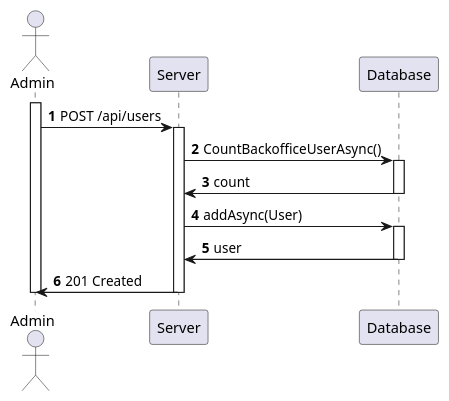
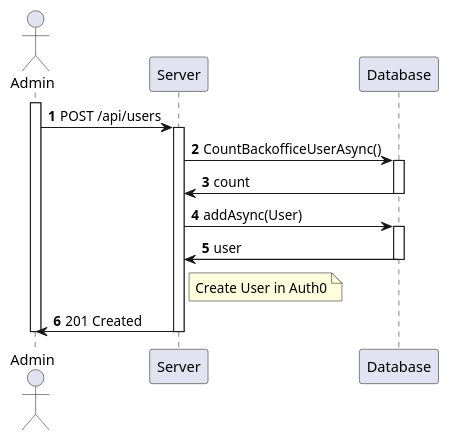
Before and after one commit to 1220846/sem5pi-24-25-3ddg20: the diagram in docs/sprint-a/us-5.1.1/views/level3/processview.puml, drawn with PlantUML. The commit also changed 8 other files, not shown here.

```diff
--- a/docs/sprint-a/us-5.1.1/views/level3/processview.puml
+++ b/docs/sprint-a/us-5.1.1/views/level3/processview.puml
@@ -1,28 +1,30 @@
-@startuml level3
+@startuml process-view
 
 autonumber
 
 actor Admin as  "Admin"
 participant "Server" as Server
 participant "Database" as Database
 
 activate Admin
     Admin->Server:POST /api/users
     activate Server
         Server->Database:CountBackofficeUserAsync()
         activate Database
 
             Server<-Database:count
         deactivate Database
 
         Server->Database:addAsync(User)
         activate Database
 
             Server<-Database:user
         deactivate Database
 
+        note right of Server: Create User in Auth0
+
         Admin<-Server:201 Created
     deactivate Server
 deactivate Admin
 
 @enduml
```
